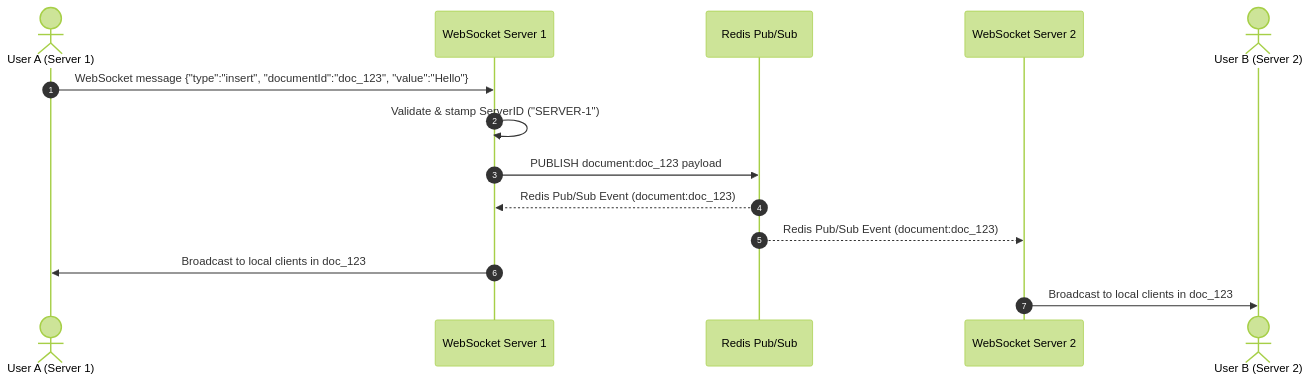
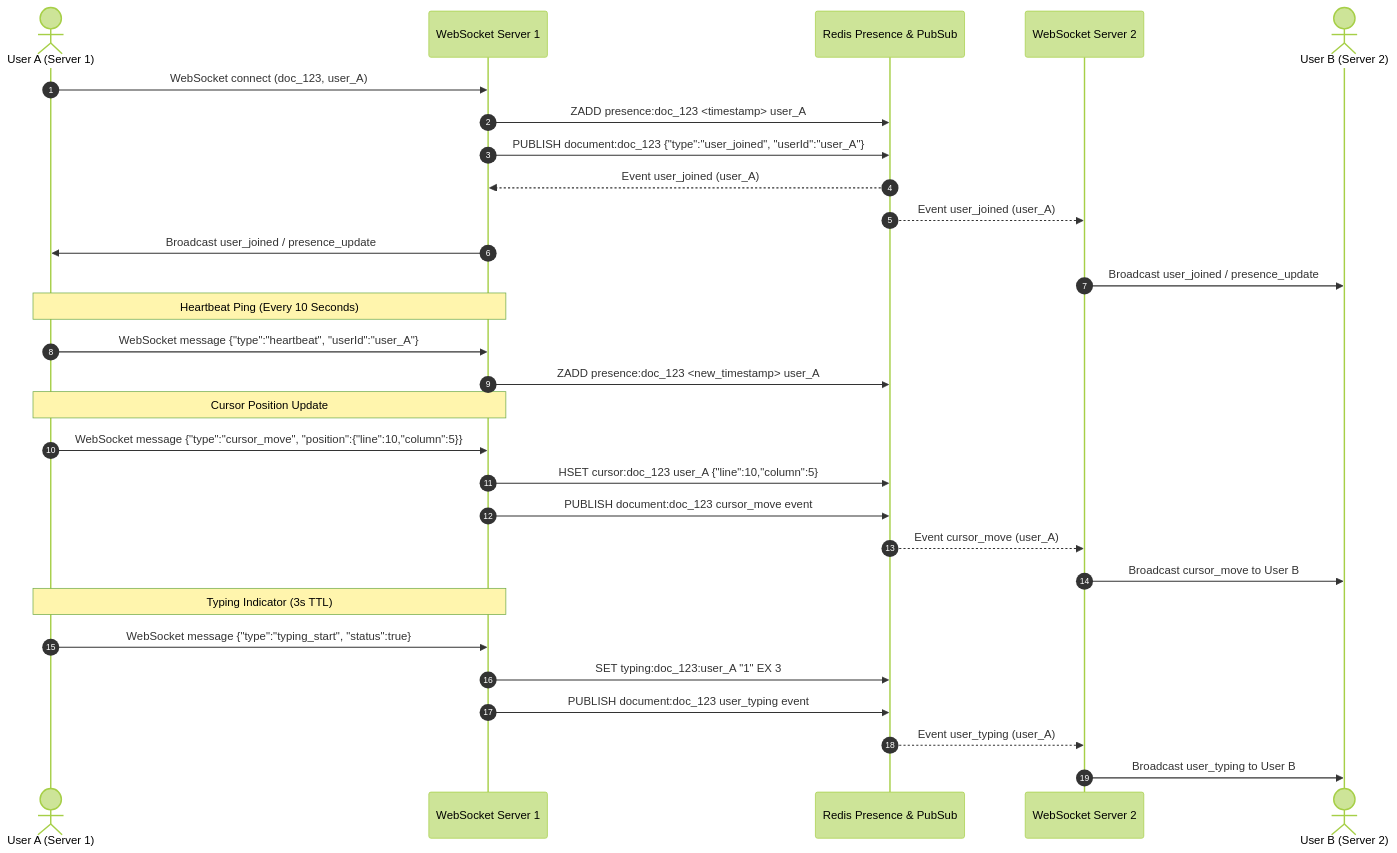
One commit to anshgoyal05/collabflow changed the second of 2 diagrams in ARCHITECTURE.md. Above: the diagram before and after it, drawn with Mermaid (forest theme). The commit also changed other lines of this file and 14 other files, not shown here.

Commit message:
feat: implement Week 3 real-time presence system with Redis Sorted Sets, Hashes, and TTL keys

````diff
--- a/ARCHITECTURE.md
+++ b/ARCHITECTURE.md
@@ -32,17 +34,35 @@
 ```mermaid
 sequenceDiagram
     autonumber
     actor UserA as User A (Server 1)
-    participant S1 as WebSocket Server 1
-    participant Redis as Redis Pub/Sub
-    participant S2 as WebSocket Server 2
+    participant WS1 as WebSocket Server 1
+    participant Redis as Redis Presence & PubSub
+    participant WS2 as WebSocket Server 2
     actor UserB as User B (Server 2)
 
-    UserA->>S1: WebSocket message {"type":"insert", "documentId":"doc_123", "value":"Hello"}
-    S1->>S1: Validate & stamp ServerID ("SERVER-1")
-    S1->>Redis: PUBLISH document:doc_123 payload
-    Redis-->>S1: Redis Pub/Sub Event (document:doc_123)
-    Redis-->>S2: Redis Pub/Sub Event (document:doc_123)
-    S1->>UserA: Broadcast to local clients in doc_123
-    S2->>UserB: Broadcast to local clients in doc_123
+    UserA->>WS1: WebSocket connect (doc_123, user_A)
+    WS1->>Redis: ZADD presence:doc_123 <timestamp> user_A
+    WS1->>Redis: PUBLISH document:doc_123 {"type":"user_joined", "userId":"user_A"}
+    Redis-->>WS1: Event user_joined (user_A)
+    Redis-->>WS2: Event user_joined (user_A)
+    WS1->>UserA: Broadcast user_joined / presence_update
+    WS2->>UserB: Broadcast user_joined / presence_update
+
+    Note over UserA,WS1: Heartbeat Ping (Every 10 Seconds)
+    UserA->>WS1: WebSocket message {"type":"heartbeat", "userId":"user_A"}
+    WS1->>Redis: ZADD presence:doc_123 <new_timestamp> user_A
+
+    Note over UserA,WS1: Cursor Position Update
+    UserA->>WS1: WebSocket message {"type":"cursor_move", "position":{"line":10,"column":5}}
+    WS1->>Redis: HSET cursor:doc_123 user_A {"line":10,"column":5}
+    WS1->>Redis: PUBLISH document:doc_123 cursor_move event
+    Redis-->>WS2: Event cursor_move (user_A)
+    WS2->>UserB: Broadcast cursor_move to User B
+
+    Note over UserA,WS1: Typing Indicator (3s TTL)
+    UserA->>WS1: WebSocket message {"type":"typing_start", "status":true}
+    WS1->>Redis: SET typing:doc_123:user_A "1" EX 3
+    WS1->>Redis: PUBLISH document:doc_123 user_typing event
+    Redis-->>WS2: Event user_typing (user_A)
+    WS2->>UserB: Broadcast user_typing to User B
 ```
````
